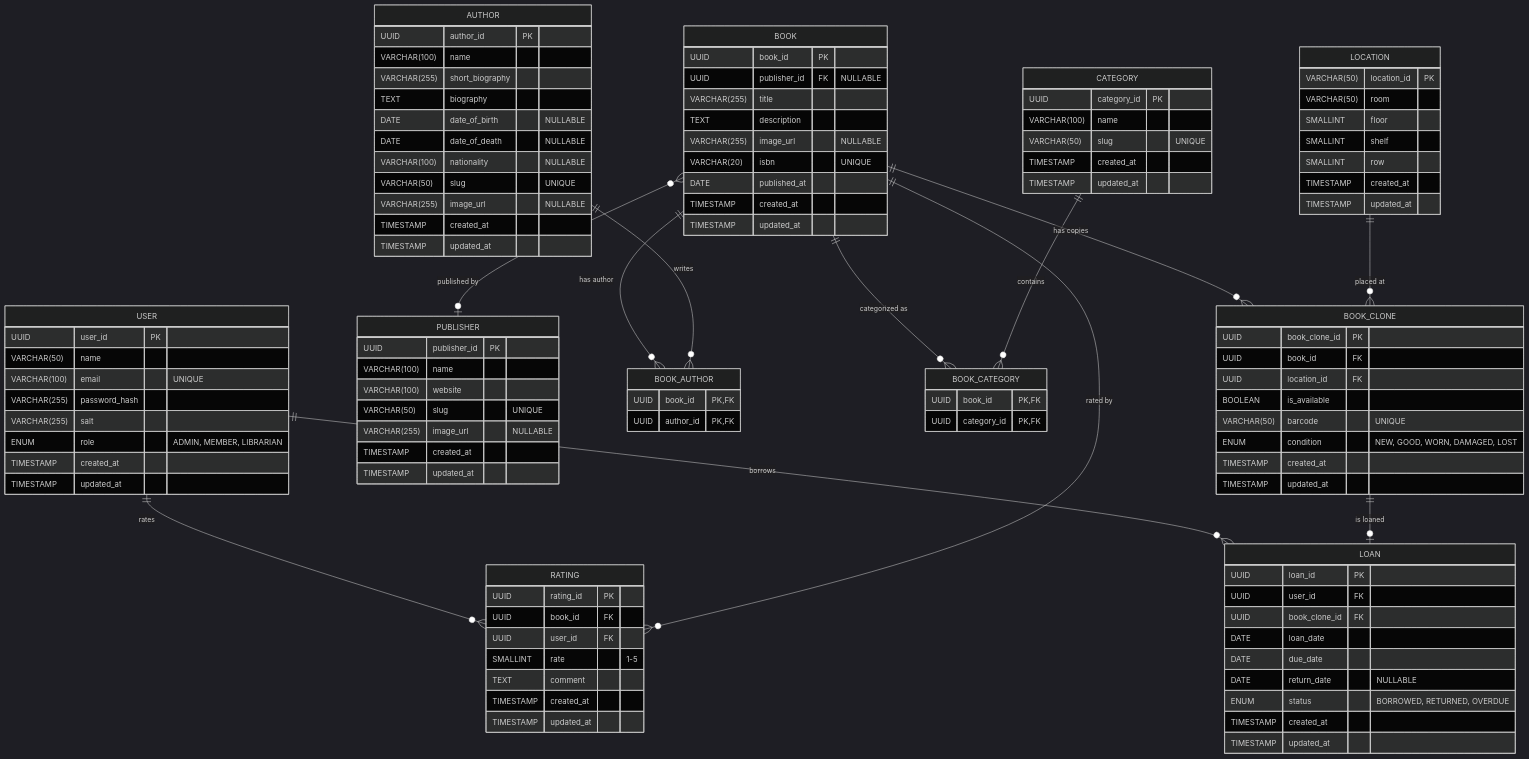
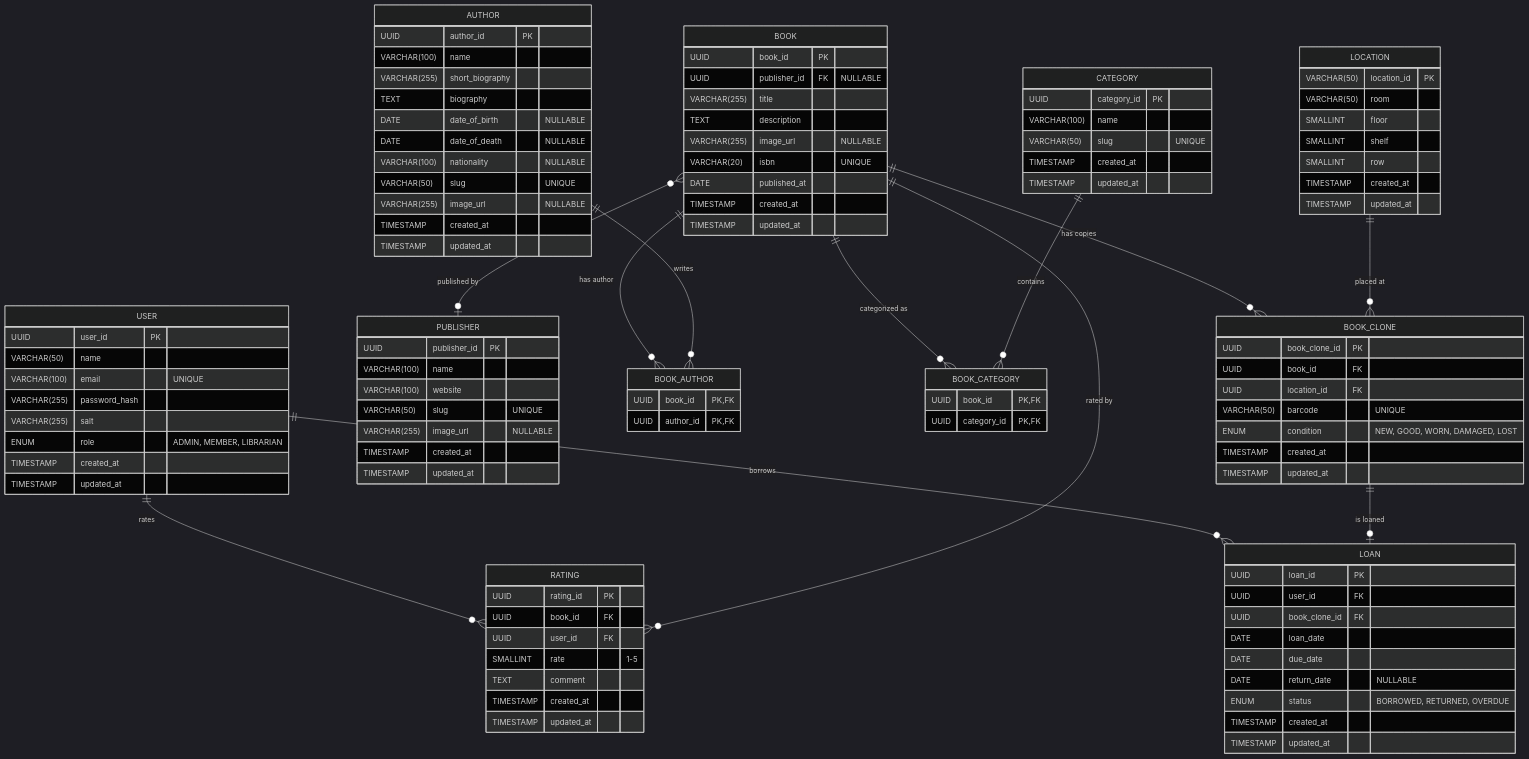
One commit to 2giosangmitom/library-management changed the diagram in README.md. Above: the diagram before and after it, drawn with Mermaid (dark theme). The commit also changed 8 other files, not shown here.

```diff
--- a/README.md
+++ b/README.md
@@ -87,7 +87,6 @@
     UUID book_clone_id PK
     UUID book_id FK
     UUID location_id FK
-    BOOLEAN is_available
     VARCHAR(50) barcode "UNIQUE"
     ENUM condition "NEW, GOOD, WORN, DAMAGED, LOST"
     TIMESTAMP created_at
```
